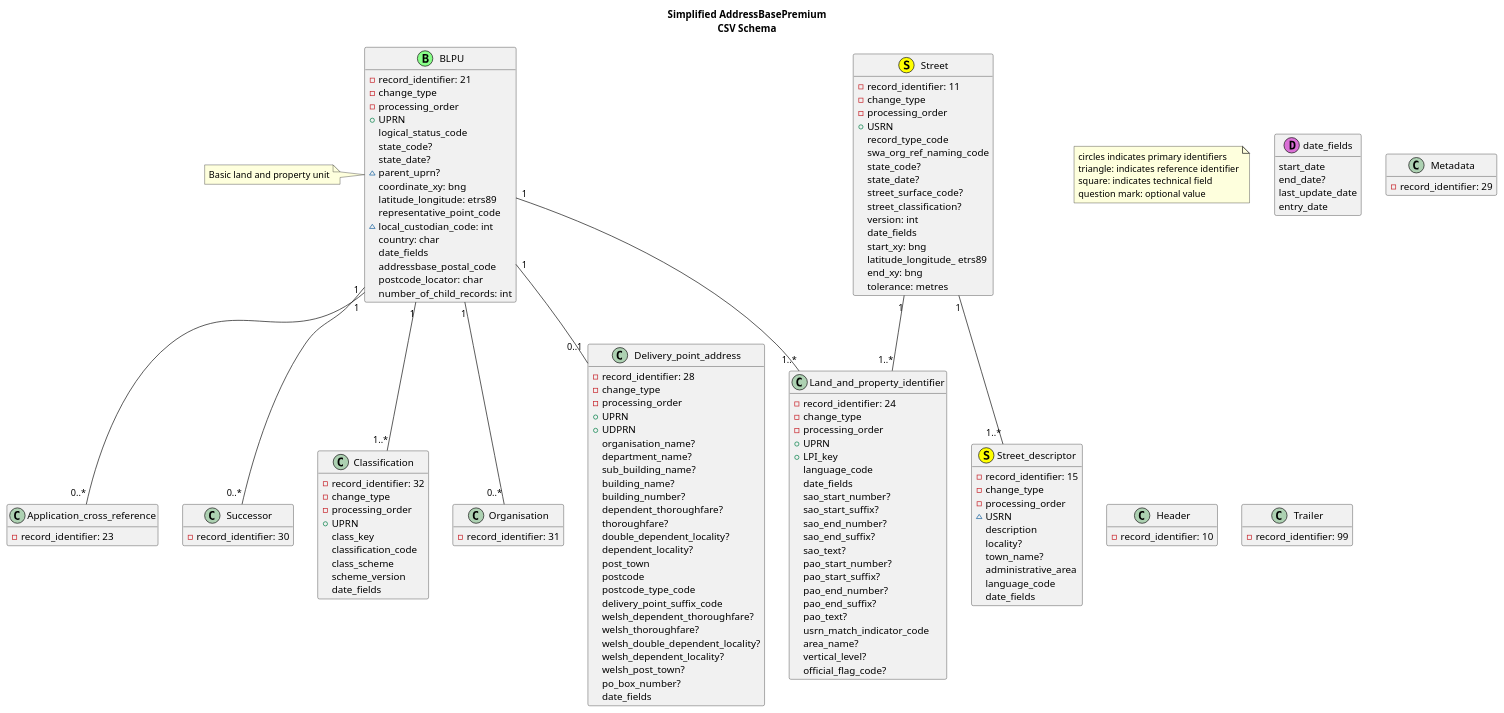
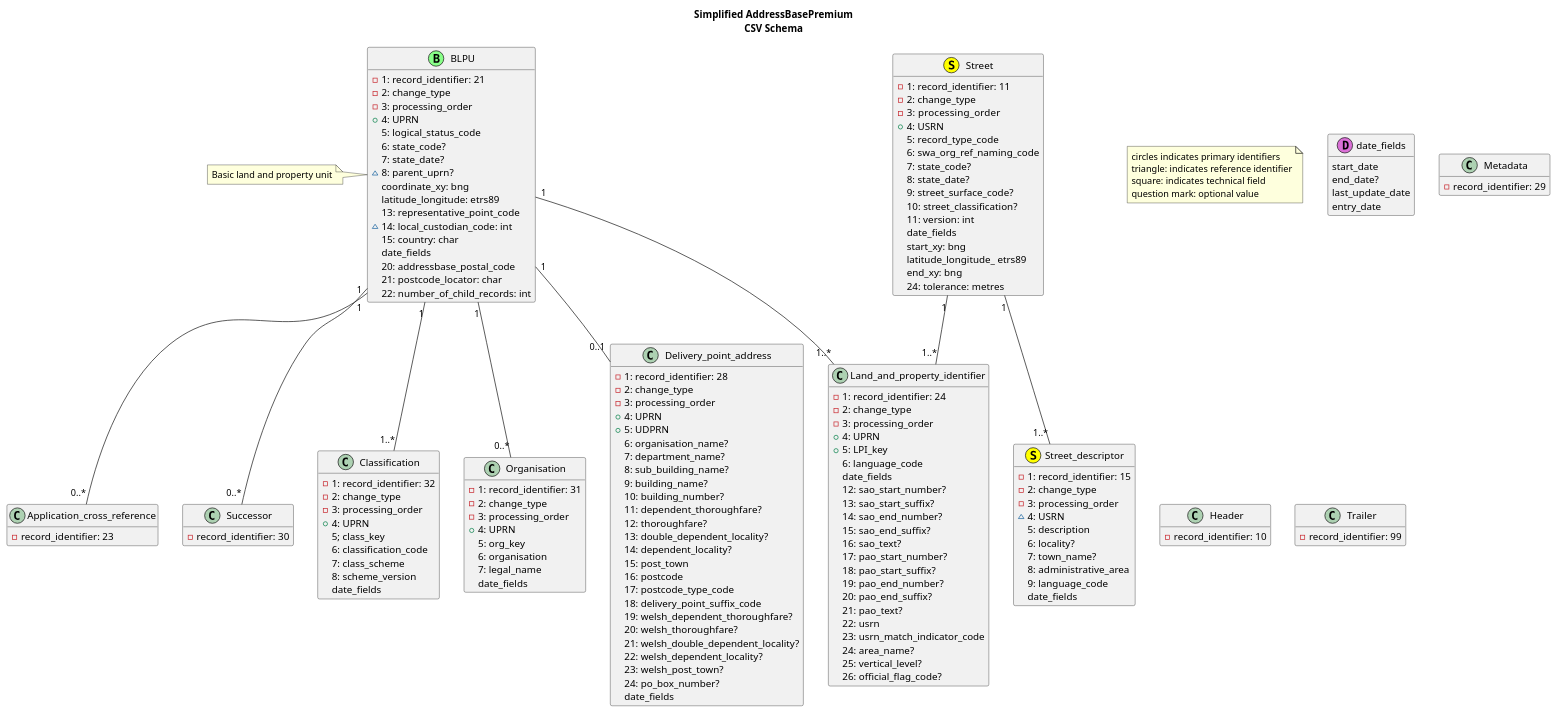
Before and after one commit to openregister/address-reputation-ingester: the diagram in docs/distilled-schema.puml, drawn with PlantUML.

Commit message:
documentation only

```diff
--- a/docs/distilled-schema.puml
+++ b/docs/distilled-schema.puml
@@ -1,166 +1,174 @@
 @startuml
 
 title <b>Simplified AddressBasePremium</b>\nCSV Schema
 
 note "circles indicates primary identifiers\ntriangle: indicates reference identifier\nsquare: indicates technical field\nquestion mark: optional value" as N2
 
 class date_fields << (D,orchid) >> {
  start_date
  end_date?
  last_update_date
  entry_date
 }
 
 class Application_cross_reference {
  -record_identifier: 23
 }
 
 class Successor {
  -record_identifier: 30
 }
 
 class Classification {
- -record_identifier: 32
- -change_type
- -processing_order
- +UPRN
- class_key
- classification_code
- class_scheme
- scheme_version
+ - 1: record_identifier: 32
+ - 2: change_type
+ - 3: processing_order
+ + 4: UPRN
+ 5; class_key
+ 6: classification_code
+ 7: class_scheme
+ 8: scheme_version
  date_fields
 }
 
 class Organisation {
- -record_identifier: 31
+ - 1: record_identifier: 31
+ - 2: change_type
+ - 3: processing_order
+ + 4: UPRN
+ 5: org_key
+ 6: organisation
+ 7: legal_name
+ date_fields
 }
 
 class Metadata {
  -record_identifier: 29
 }
 
 class Header {
  -record_identifier: 10
 }
 
 class Trailer {
  -record_identifier: 99
 }
 
 class Street << (S,yellow) >> {
- -record_identifier: 11
- -change_type
- -processing_order
- +USRN
- record_type_code
- swa_org_ref_naming_code
- state_code?
- state_date?
- street_surface_code?
- street_classification?
- version: int
+ - 1: record_identifier: 11
+ - 2: change_type
+ - 3:  processing_order
+ + 4: USRN
+ 5: record_type_code
+ 6: swa_org_ref_naming_code
+ 7: state_code?
+ 8: state_date?
+ 9: street_surface_code?
+ 10: street_classification?
+ 11: version: int
  date_fields
  start_xy: bng
  latitude_longitude_ etrs89
  end_xy: bng
- tolerance: metres
+ 24: tolerance: metres
 }
 
 class Street_descriptor << (S,yellow) >> {
- -record_identifier: 15
- -change_type
- -processing_order
- ~USRN
- description
- locality?
- town_name?
- administrative_area
- language_code
+ - 1: record_identifier: 15
+ - 2: change_type
+ - 3: processing_order
+ ~ 4: USRN
+ 5: description
+ 6: locality?
+ 7: town_name?
+ 8: administrative_area
+ 9: language_code
  date_fields
 }
 
 class BLPU << (B,#88FF88) >> {
- -record_identifier: 21
- -change_type
- -processing_order
- +UPRN
- logical_status_code
- state_code?
- state_date?
- ~parent_uprn?
+ - 1: record_identifier: 21
+ - 2: change_type
+ - 3: processing_order
+ + 4: UPRN
+ 5: logical_status_code
+ 6: state_code?
+ 7: state_date?
+ ~ 8: parent_uprn?
  coordinate_xy: bng
  latitude_longitude: etrs89
- representative_point_code
- ~local_custodian_code: int
- country: char
+ 13: representative_point_code
+ ~ 14: local_custodian_code: int
+ 15: country: char
  date_fields
- addressbase_postal_code
- postcode_locator: char
- number_of_child_records: int
+ 20: addressbase_postal_code
+ 21: postcode_locator: char
+ 22: number_of_child_records: int
 }
 
 note left: Basic land and property unit
 
 class Land_and_property_identifier {
- -record_identifier: 24
- -change_type
- -processing_order
- +UPRN
- +LPI_key
- language_code
+ - 1: record_identifier: 24
+ - 2: change_type
+ - 3: processing_order
+ + 4: UPRN
+ + 5: LPI_key
+ 6: language_code
  date_fields
- sao_start_number?
- sao_start_suffix?
- sao_end_number?
- sao_end_suffix?
- sao_text?
- pao_start_number?
- pao_start_suffix?
- pao_end_number?
- pao_end_suffix?
- pao_text?
- usrn_match_indicator_code
- area_name?
- vertical_level?
- official_flag_code?
+ 12: sao_start_number?
+ 13: sao_start_suffix?
+ 14: sao_end_number?
+ 15: sao_end_suffix?
+ 16: sao_text?
+ 17: pao_start_number?
+ 18: pao_start_suffix?
+ 19: pao_end_number?
+ 20: pao_end_suffix?
+ 21: pao_text?
+ 22: usrn
+ 23: usrn_match_indicator_code
+ 24: area_name?
+ 25: vertical_level?
+ 26: official_flag_code?
 }
 
 class Delivery_point_address {
- -record_identifier: 28
- -change_type
- -processing_order
- +UPRN
- +UDPRN
- organisation_name?
- department_name?
- sub_building_name?
- building_name?
- building_number?
- dependent_thoroughfare?
- thoroughfare?
- double_dependent_locality?
- dependent_locality?
- post_town
- postcode
- postcode_type_code
- delivery_point_suffix_code
- welsh_dependent_thoroughfare?
- welsh_thoroughfare?
- welsh_double_dependent_locality?
- welsh_dependent_locality?
- welsh_post_town?
- po_box_number?
+ - 1: record_identifier: 28
+ - 2: change_type
+ - 3: processing_order
+ + 4: UPRN
+ + 5: UDPRN
+ 6: organisation_name?
+ 7: department_name?
+ 8: sub_building_name?
+ 9: building_name?
+ 10: building_number?
+ 11: dependent_thoroughfare?
+ 12: thoroughfare?
+ 13: double_dependent_locality?
+ 14: dependent_locality?
+ 15: post_town
+ 16: postcode
+ 17: postcode_type_code
+ 18: delivery_point_suffix_code
+ 19: welsh_dependent_thoroughfare?
+ 20: welsh_thoroughfare?
+ 21: welsh_double_dependent_locality?
+ 22: welsh_dependent_locality?
+ 23: welsh_post_town?
+ 24: po_box_number?
  date_fields
 }
 
 BLPU "1" -- "0..1" Delivery_point_address
 BLPU "1" -- "1..*" Land_and_property_identifier
 Street "1" -- "1..*" Land_and_property_identifier
 Street "1" -- "1..*" Street_descriptor
 BLPU "1" -- "1..*" Classification
 BLPU "1" -- "0..*" Application_cross_reference
 BLPU "1" -- "0..*" Successor
 BLPU "1" -- "0..*" Organisation
 
 hide class methods
 @enduml
```
